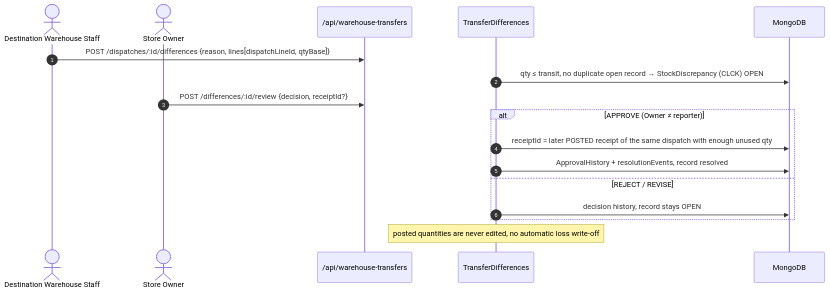
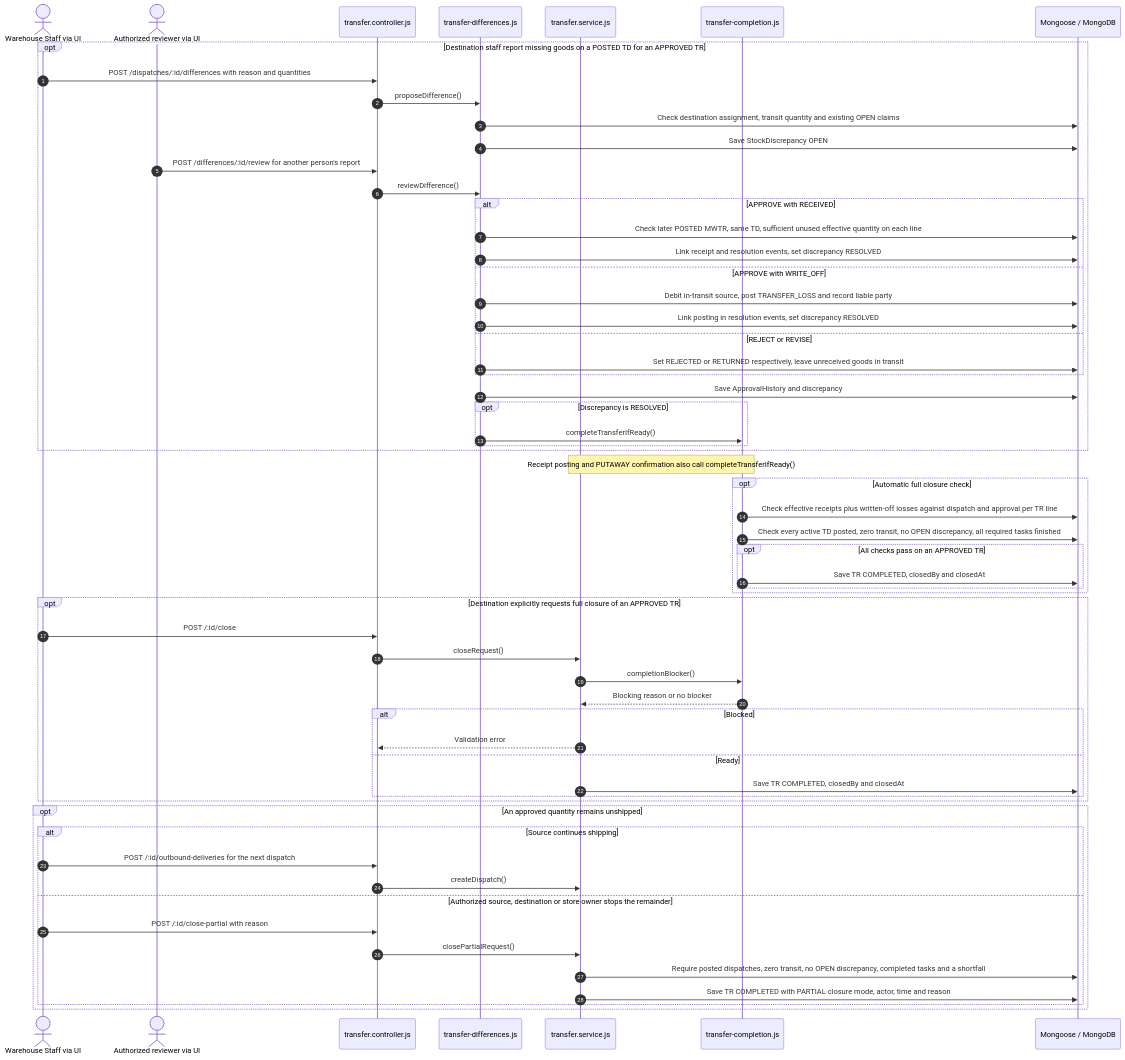
Diagram 36 of 46 in git_doc/docs/01_bao_cao/WMSD_Report4_Draft.md (bupbalabup/wmsd_be), drawn with Mermaid before and after one commit. The commit also changed other lines of this file, not shown here.

````diff
--- a/git_doc/docs/01_bao_cao/WMSD_Report4_Draft.md
+++ b/git_doc/docs/01_bao_cao/WMSD_Report4_Draft.md
@@ -2195,19 +2387,62 @@
 ```mermaid
 sequenceDiagram
   autonumber
-  actor WD as Destination Warehouse Staff
-  actor O as Store Owner
-  participant API as /api/warehouse-transfers
-  participant D as TransferDifferences
-  participant DB as MongoDB
-  WD->>API: POST /dispatches/:id/differences {reason, lines[dispatchLineId, qtyBase]}
-  D->>DB: qty ≤ transit, no duplicate open record → StockDiscrepancy (CLCK) OPEN
-  O->>API: POST /differences/:id/review {decision, receiptId?}
-  alt APPROVE (Owner ≠ reporter)
-    D->>DB: receiptId = later POSTED receipt of the same dispatch with enough unused qty
-    D->>DB: ApprovalHistory + resolutionEvents, record resolved
-  else REJECT / REVISE
-    D->>DB: decision history, record stays OPEN
+  actor W as Warehouse Staff via UI
+  actor O as Authorized reviewer via UI
+  participant C as transfer.controller.js
+  participant D as transfer-differences.js
+  participant S as transfer.service.js
+  participant F as transfer-completion.js
+  participant DB as Mongoose / MongoDB
+  opt Destination staff report missing goods on a POSTED TD for an APPROVED TR
+    W->>C: POST /dispatches/:id/differences with reason and quantities
+    C->>D: proposeDifference()
+    D->>DB: Check destination assignment, transit quantity and existing OPEN claims
+    D->>DB: Save StockDiscrepancy OPEN
+    O->>C: POST /differences/:id/review for another person's report
+    C->>D: reviewDifference()
+    alt APPROVE with RECEIVED
+      D->>DB: Check later POSTED MWTR, same TD, sufficient unused effective quantity on each line
+      D->>DB: Link receipt and resolution events, set discrepancy RESOLVED
+    else APPROVE with WRITE_OFF
+      D->>DB: Debit in-transit source, post TRANSFER_LOSS and record liable party
+      D->>DB: Link posting in resolution events, set discrepancy RESOLVED
+    else REJECT or REVISE
+      D->>DB: Set REJECTED or RETURNED respectively, leave unreceived goods in transit
+    end
+    D->>DB: Save ApprovalHistory and discrepancy
+    opt Discrepancy is RESOLVED
+      D->>F: completeTransferIfReady()
+    end
   end
-  Note over D: posted quantities are never edited, no automatic loss write-off
+  Note over S,F: Receipt posting and PUTAWAY confirmation also call completeTransferIfReady()
+  opt Automatic full closure check
+    F->>DB: Check effective receipts plus written-off losses against dispatch and approval per TR line
+    F->>DB: Check every active TD posted, zero transit, no OPEN discrepancy, all required tasks finished
+    opt All checks pass on an APPROVED TR
+      F->>DB: Save TR COMPLETED, closedBy and closedAt
+    end
+  end
+  opt Destination explicitly requests full closure of an APPROVED TR
+    W->>C: POST /:id/close
+    C->>S: closeRequest()
+    S->>F: completionBlocker()
+    F-->>S: Blocking reason or no blocker
+    alt Blocked
+      S-->>C: Validation error
+    else Ready
+      S->>DB: Save TR COMPLETED, closedBy and closedAt
+    end
+  end
+  opt An approved quantity remains unshipped
+    alt Source continues shipping
+      W->>C: POST /:id/outbound-deliveries for the next dispatch
+      C->>S: createDispatch()
+    else Authorized source, destination or store owner stops the remainder
+      W->>C: POST /:id/close-partial with reason
+      C->>S: closePartialRequest()
+      S->>DB: Require posted dispatches, zero transit, no OPEN discrepancy, completed tasks and a shortfall
+      S->>DB: Save TR COMPLETED with PARTIAL closure mode, actor, time and reason
+    end
+  end
 ```
````
